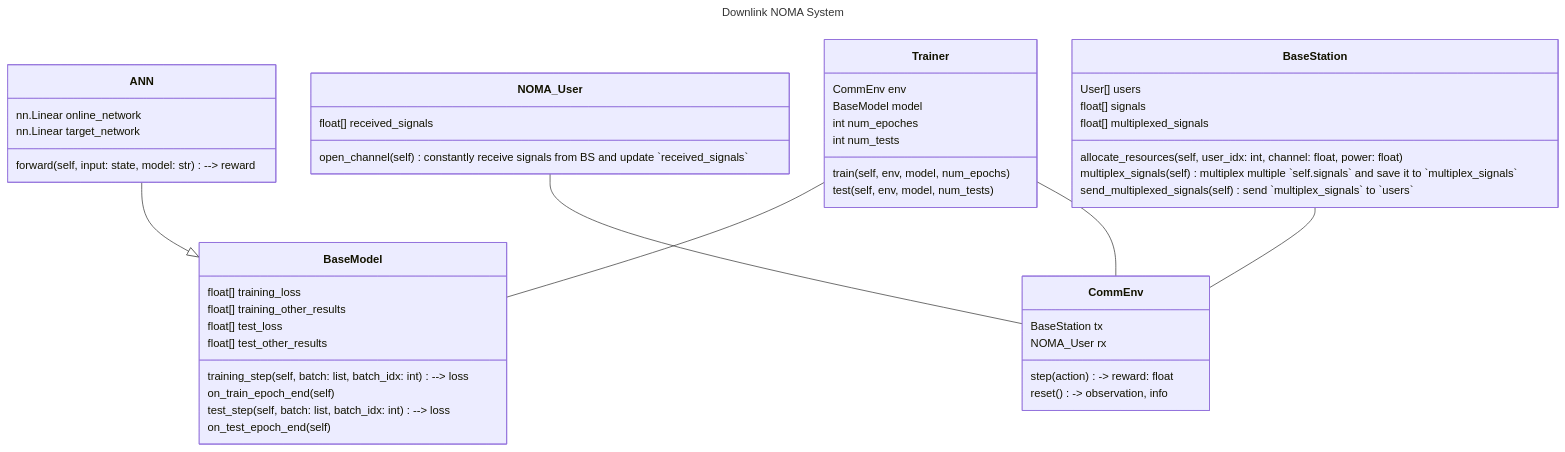
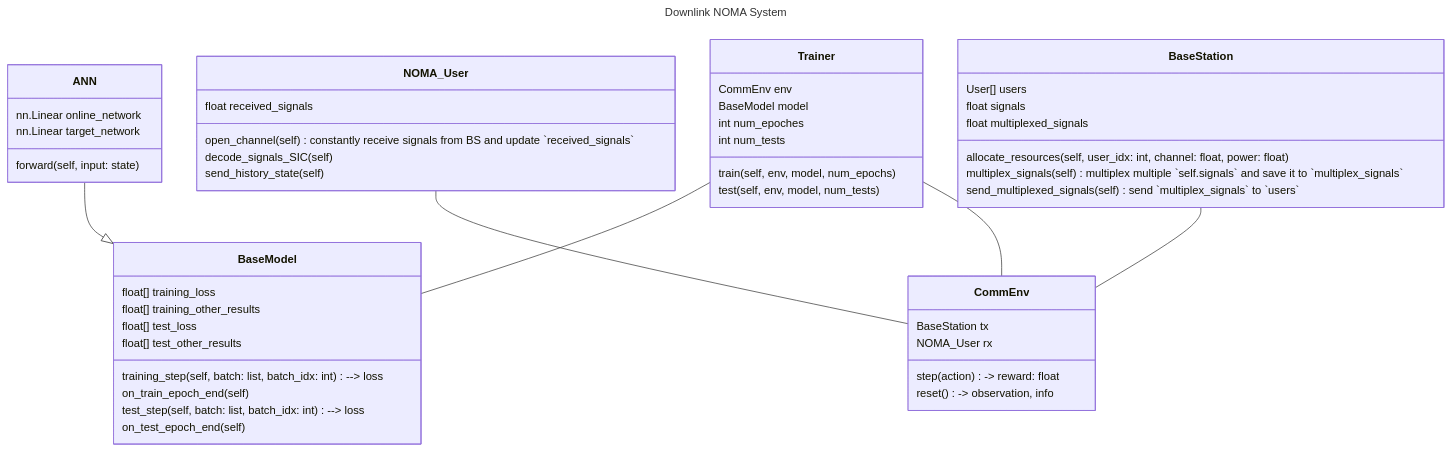
Before and after one commit to 3seoksw/Downlink-NOMA-with-RL: the diagram in docs/class-diagram.md, drawn with Mermaid.

Commit message:
fix: add new function to `NOMA_User` class

````diff
--- a/docs/class-diagram.md
+++ b/docs/class-diagram.md
@@ -1,77 +1,79 @@
 ```mermaid
 ---
 title: Downlink NOMA System
 ---
 classDiagram
 
 %% =====================================
 
 class ANN {
     nn.Linear online_network
     nn.Linear target_network
 
-    forward(self, input: state, model: str) --> reward
+    forward(self, input: state)
 }
 
 class BaseModel {
     float[] training_loss
     float[] training_other_results
     float[] test_loss
     float[] test_other_results
 
     training_step(self, batch: list, batch_idx: int) --> loss
     on_train_epoch_end(self)
     test_step(self, batch: list, batch_idx: int) --> loss
     on_test_epoch_end(self)
 }
 
 ANN --|> BaseModel
 
 %% =====================================
 
 class CommEnv {
     BaseStation tx
     NOMA_User rx
 
     step(action) -> reward: float
     reset() -> observation, info
 }
 
 class BaseStation{
     User[] users
-    float[] signals
-    float[] multiplexed_signals
+    float signals
+    float multiplexed_signals
 
     allocate_resources(self, user_idx: int, channel: float, power: float)
     multiplex_signals(self) multiplex multiple `self.signals` and save it to `multiplex_signals`
     send_multiplexed_signals(self) send `multiplex_signals` to `users`
 }
 
 class NOMA_User {
-    float[] received_signals
+    float received_signals
 
     open_channel(self) constantly receive signals from BS and update `received_signals`
+    decode_signals_SIC(self)
+    send_history_state(self)
 }
 
 NOMA_User -- CommEnv
 BaseStation -- CommEnv
 
 %% =====================================
 
 %% =====================================
 
 class Trainer {
     CommEnv env
     BaseModel model
     int num_epoches
     int num_tests
 
     train(self, env, model, num_epochs)
     test(self, env, model, num_tests)
 }
 
 Trainer -- BaseModel
 Trainer -- CommEnv
 
 %% =====================================
 ```
````
